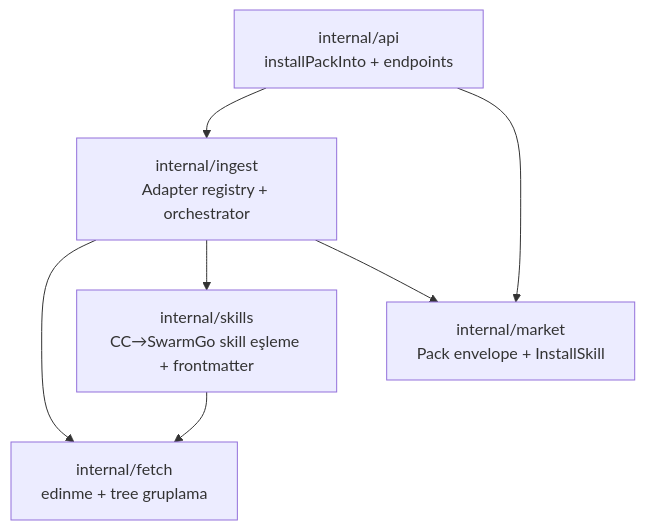
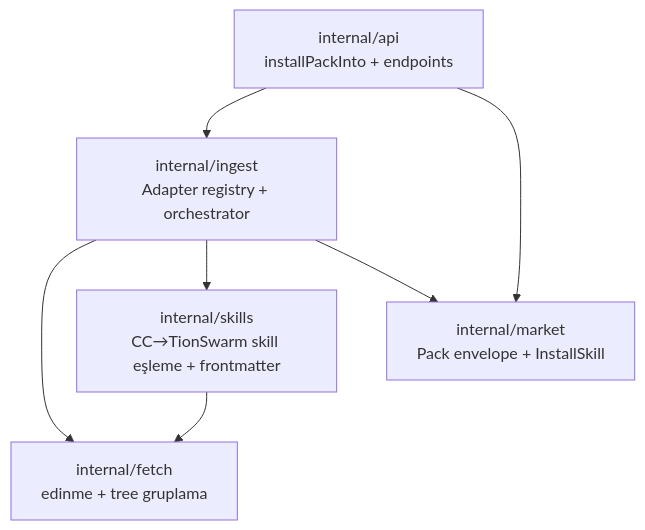
One commit to bilal-arikan/tionharness changed the diagram in _Docs/37-INGEST-MIMARISI.md. Above: the diagram before and after it, drawn with Mermaid. The commit also changed other lines of this file and 433 other files, not shown here.

First line of the commit message:
refactor: rename SwarmGo -> TionSwarm across code, docs, skills

````diff
--- a/_Docs/37-INGEST-MIMARISI.md
+++ b/_Docs/37-INGEST-MIMARISI.md
@@ -31,14 +31,14 @@
 ```mermaid
 graph TD
     fetch[internal/fetch<br/>edinme + tree gruplama]
-    skills[internal/skills<br/>CC→SwarmGo skill eşleme + frontmatter]
+    skills[internal/skills<br/>CC→TionSwarm skill eşleme + frontmatter]
     market[internal/market<br/>Pack envelope + InstallSkill]
     ingest[internal/ingest<br/>Adapter registry + orchestrator]
     api[internal/api<br/>installPackInto + endpoints]
     ingest --> fetch
     ingest --> skills
     ingest --> market
     skills --> fetch
     api --> ingest
     api --> market
 ```
````
